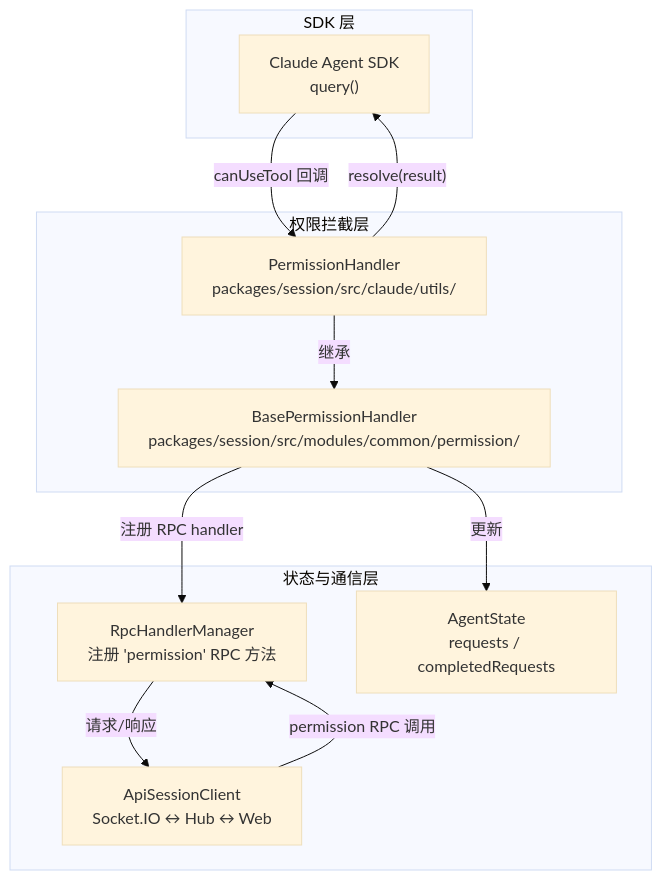
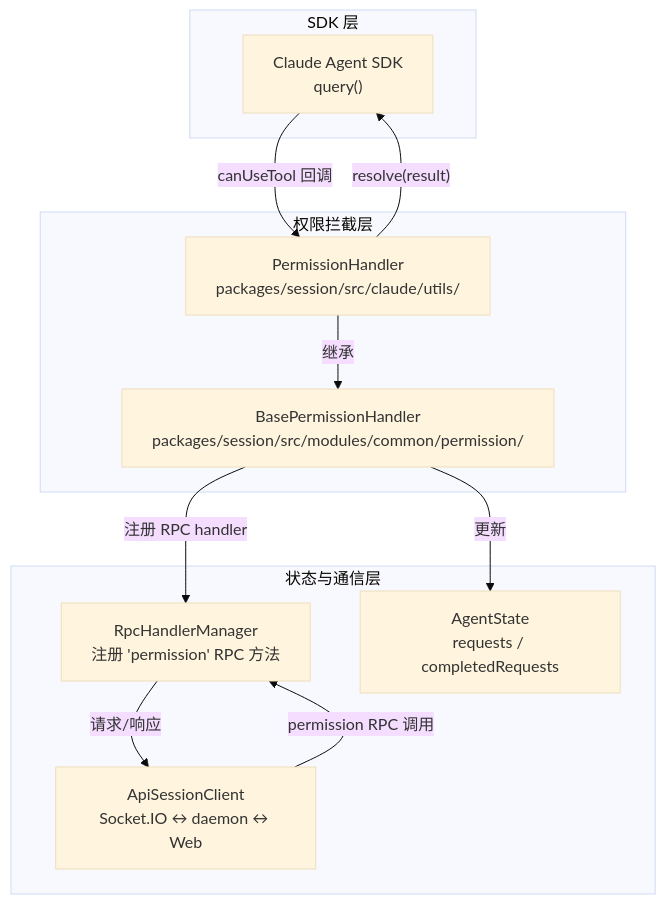
Before and after one commit to ModuBit/mobi: the first of 2 diagrams in docs/architecture/cli/commands/claude/permission.md, drawn with Mermaid (base theme). The commit also changed 86 other files, not shown here.

````diff
--- a/docs/architecture/cli/commands/claude/permission.md
+++ b/docs/architecture/cli/commands/claude/permission.md
@@ -7,26 +7,26 @@
 ```mermaid
 graph TB
     subgraph "SDK 层"
         SDK["Claude Agent SDK<br/>query()"]
     end
 
     subgraph "权限拦截层"
         PH["PermissionHandler<br/>packages/session/src/claude/utils/"]
         BASE["BasePermissionHandler<br/>packages/session/src/modules/common/permission/"]
     end
 
     subgraph "状态与通信层"
         RPC["RpcHandlerManager<br/>注册 'permission' RPC 方法"]
         STATE["AgentState<br/>requests / completedRequests"]
-        CLIENT["ApiSessionClient<br/>Socket.IO ↔ Hub ↔ Web"]
+        CLIENT["ApiSessionClient<br/>Socket.IO ↔ daemon ↔ Web"]
     end
 
     SDK -->|"canUseTool 回调"| PH
     PH -->|"继承"| BASE
     BASE -->|"注册 RPC handler"| RPC
     BASE -->|"更新"| STATE
     RPC -->|"请求/响应"| CLIENT
     CLIENT -->|"permission RPC 调用"| RPC
 
     PH -->|"resolve(result)"| SDK
 ```
````
